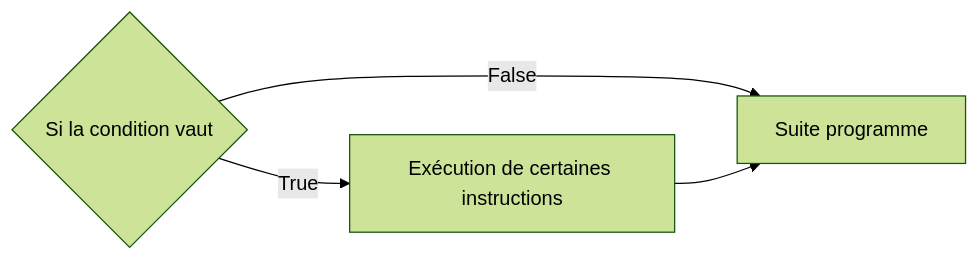
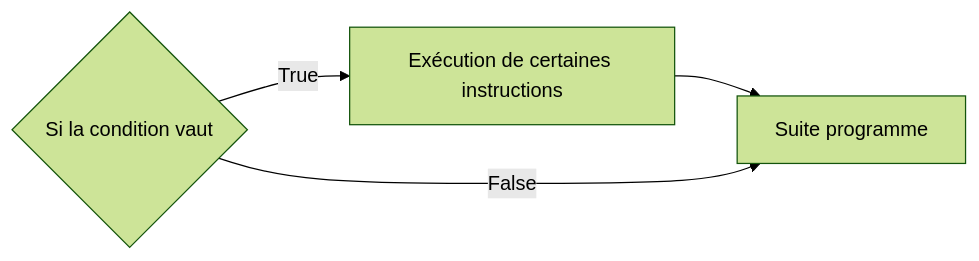
The first of 10 diagrams in première/Constructions élémentaires/Conditions.md (boddaert/nsi), drawn with Mermaid (forest theme) before and after one commit. The commit also changed other lines of this file, not shown here.

````diff
--- a/première/Constructions élémentaires/Conditions.md
+++ b/première/Constructions élémentaires/Conditions.md
@@ -19,7 +19,7 @@
 ```mermaid
   graph LR;
       A{Si la condition vaut};
       A--True-->B[Exécution de certaines instructions];
+      B-->C[Suite programme];
       A--False-->C[Suite programme];
-      B-->C[Suite programme];
 ```
````
